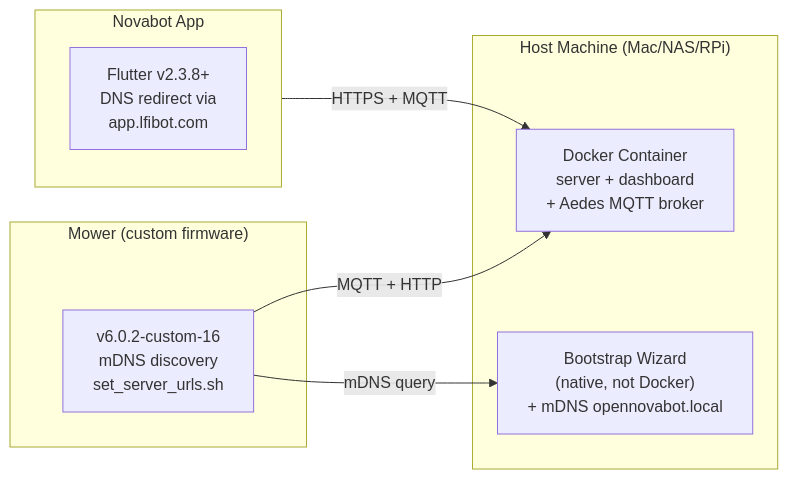
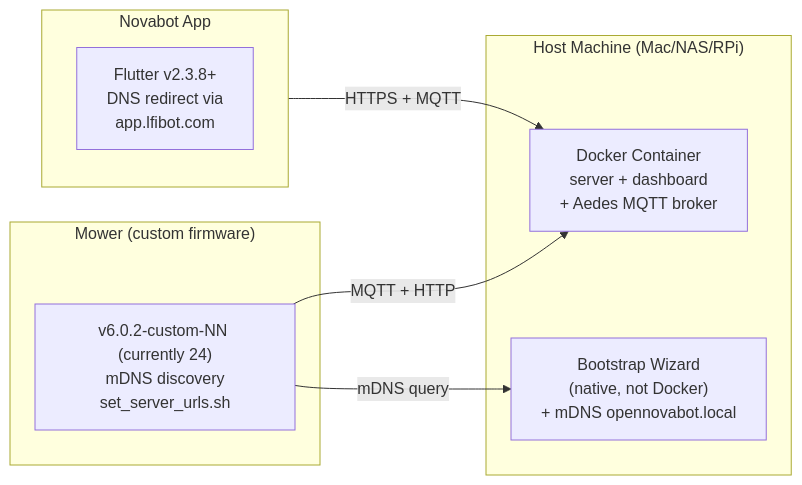
The third of 3 diagrams in docs/firmware/custom-firmware.md (waltervl/Novabot), drawn with Mermaid before and after one commit. The commit also changed other lines of this file and 34 other files, not shown here.

````diff
--- a/docs/firmware/custom-firmware.md
+++ b/docs/firmware/custom-firmware.md
@@ -611,19 +614,19 @@
 ```mermaid
 flowchart LR
     subgraph Host["Host Machine (Mac/NAS/RPi)"]
         Docker["Docker Container<br/>server + dashboard<br/>+ Aedes MQTT broker"]
         Bootstrap["Bootstrap Wizard<br/>(native, not Docker)<br/>+ mDNS opennovabot.local"]
     end
 
     subgraph Mower["Mower (custom firmware)"]
-        Firmware["v6.0.2-custom-16<br/>mDNS discovery<br/>set_server_urls.sh"]
+        Firmware["v6.0.2-custom-NN (currently 24)<br/>mDNS discovery<br/>set_server_urls.sh"]
     end
 
     subgraph App["Novabot App"]
         Flutter["Flutter v2.3.8+<br/>DNS redirect via<br/>app.lfibot.com"]
     end
 
     Firmware -->|mDNS query| Bootstrap
     Firmware -->|MQTT + HTTP| Docker
     App -->|HTTPS + MQTT| Docker
 ```
````
